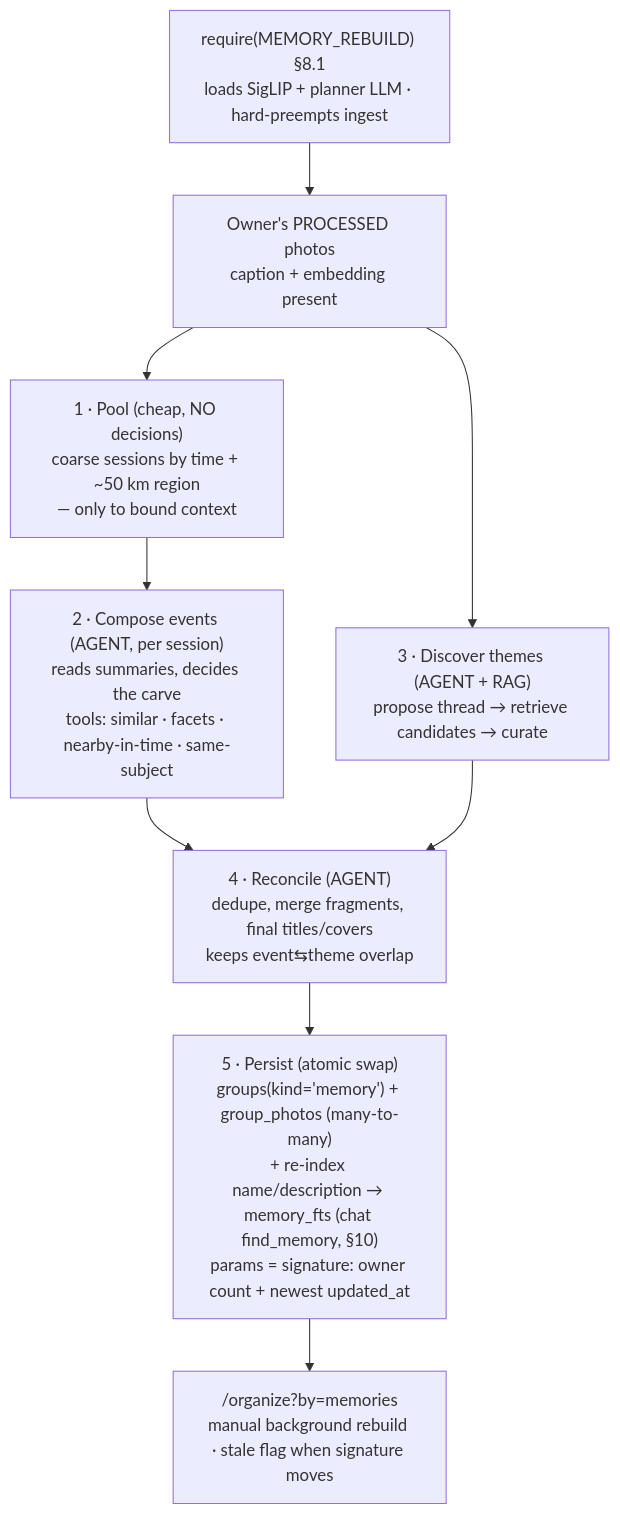
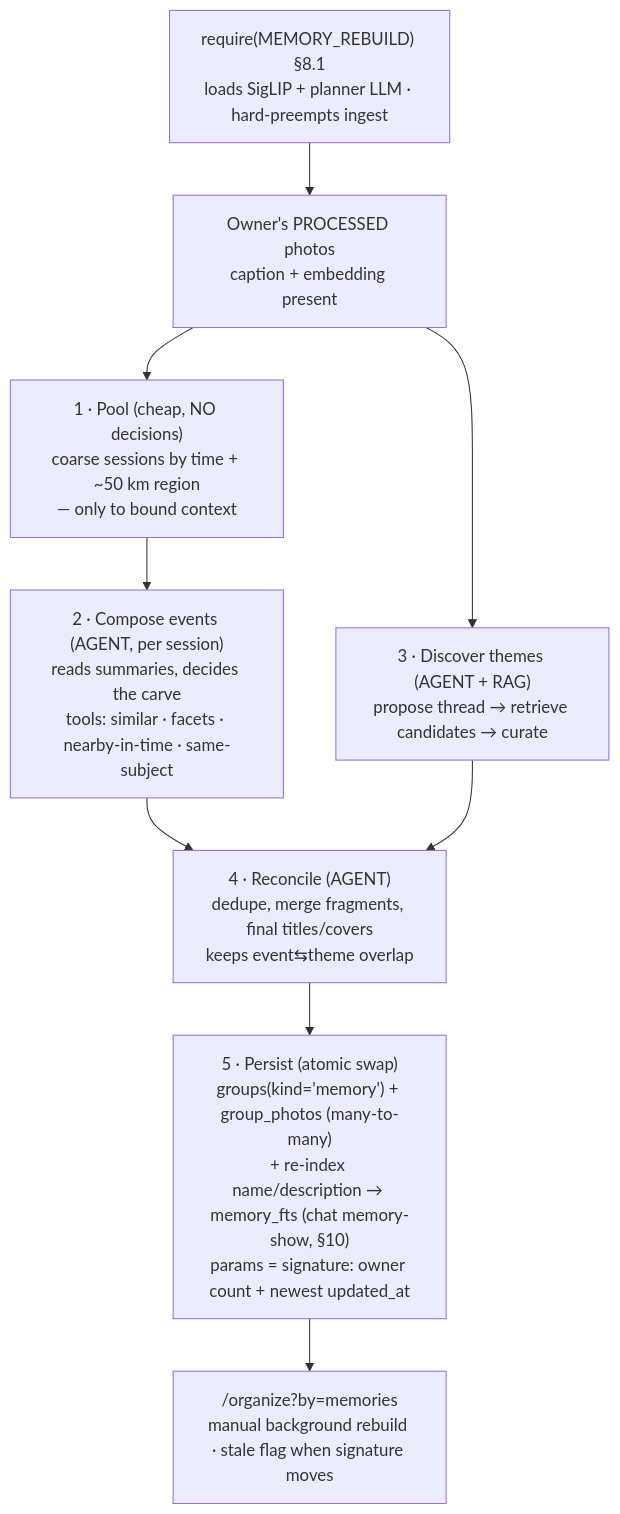
Before and after one commit to sadensmol/ivms777: the sixth of 6 diagrams in docs/design.md, drawn with Mermaid. The commit also changed other lines of this file and 55 other files, not shown here.

````diff
--- a/docs/design.md
+++ b/docs/design.md
@@ -1291,11 +1414,11 @@
 ```mermaid
 flowchart TB
     lease["require(MEMORY_REBUILD) §8.1<br/>loads SigLIP + planner LLM · hard-preempts ingest"] --> lib
     lib["Owner's PROCESSED photos<br/>caption + embedding present"] --> pool["1 · Pool (cheap, NO decisions)<br/>coarse sessions by time + ~50 km region<br/>— only to bound context"]
     pool --> events["2 · Compose events (AGENT, per session)<br/>reads summaries, decides the carve<br/>tools: similar · facets · nearby-in-time · same-subject"]
     lib --> themes["3 · Discover themes (AGENT + RAG)<br/>propose thread → retrieve candidates → curate"]
     events --> recon["4 · Reconcile (AGENT)<br/>dedupe, merge fragments, final titles/covers<br/>keeps event⇆theme overlap"]
     themes --> recon
-    recon --> persist["5 · Persist (atomic swap)<br/>groups(kind='memory') + group_photos (many-to-many)<br/>+ re-index name/description → memory_fts (chat find_memory, §10)<br/>params = signature: owner count + newest updated_at"]
+    recon --> persist["5 · Persist (atomic swap)<br/>groups(kind='memory') + group_photos (many-to-many)<br/>+ re-index name/description → memory_fts (chat memory-show, §10)<br/>params = signature: owner count + newest updated_at"]
     persist --> ui["/organize?by=memories<br/>manual background rebuild · stale flag when signature moves"]
 ```
````
